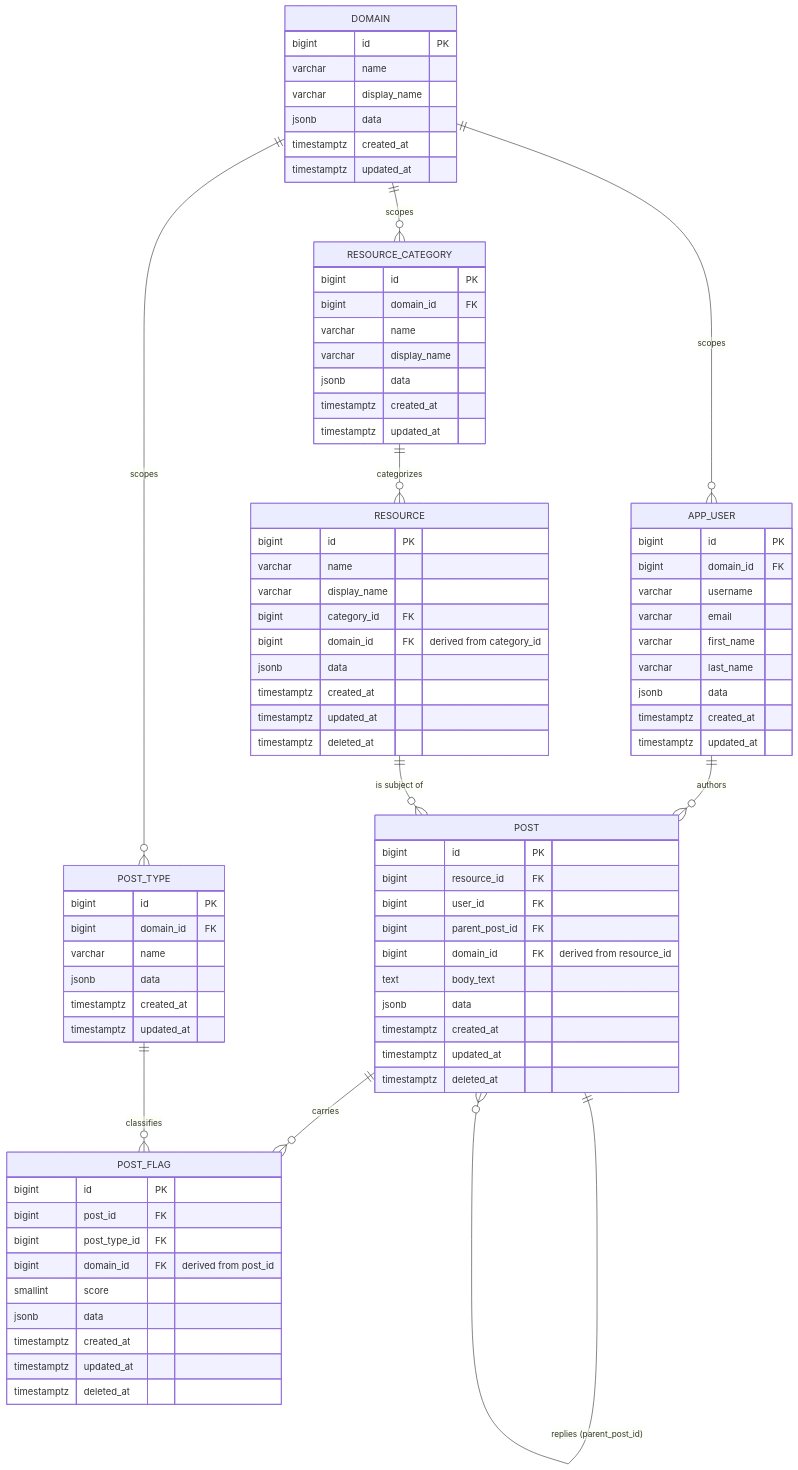
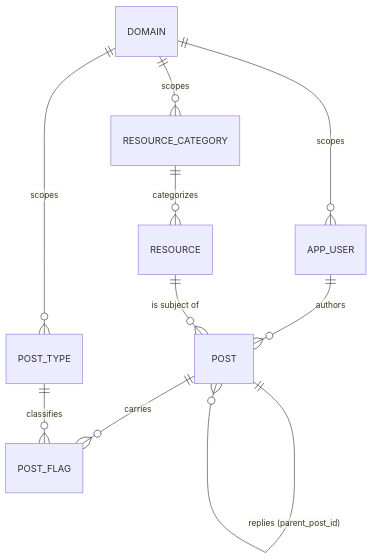
One commit to jmejorada1/my-fun-projects changed the diagram in backend/posts/docs/db-design-spec.md. Above: the diagram before and after it, drawn with Mermaid. The commit also changed other lines of this file and 8 other files, not shown here.

First line of the commit message:
docs: condense architecture, spec, security and monitoring docs

````diff
--- a/backend/posts/docs/db-design-spec.md
+++ b/backend/posts/docs/db-design-spec.md
@@ -33,81 +32,4 @@
     DOMAIN ||--o{ RESOURCE_CATEGORY : scopes
     DOMAIN ||--o{ POST_TYPE : scopes
     DOMAIN ||--o{ APP_USER : scopes
-
-    DOMAIN {
-        bigint id PK
-        varchar name
-        varchar display_name
-        jsonb data
-        timestamptz created_at
-        timestamptz updated_at
-    }
-
-    APP_USER {
-        bigint id PK
-        bigint domain_id FK
-        varchar username
-        varchar email
-        varchar first_name
-        varchar last_name
-        jsonb data
-        timestamptz created_at
-        timestamptz updated_at
-    }
-
-    RESOURCE_CATEGORY {
-        bigint id PK
-        bigint domain_id FK
-        varchar name
-        varchar display_name
-        jsonb data
-        timestamptz created_at
-        timestamptz updated_at
-    }
-
-    RESOURCE {
-        bigint id PK
-        varchar name
-        varchar display_name
-        bigint category_id FK
-        bigint domain_id FK "derived from category_id"
-        jsonb data
-        timestamptz created_at
-        timestamptz updated_at
-        timestamptz deleted_at
-    }
-
-    POST_TYPE {
-        bigint id PK
-        bigint domain_id FK
-        varchar name
-        jsonb data
-        timestamptz created_at
-        timestamptz updated_at
-    }
-
-    POST {
-        bigint id PK
-        bigint resource_id FK
-        bigint user_id FK
-        bigint parent_post_id FK
-        bigint domain_id FK "derived from resource_id"
-        text body_text
-        jsonb data
-        timestamptz created_at
-        timestamptz updated_at
-        timestamptz deleted_at
-    }
-
-    POST_FLAG {
-        bigint id PK
-        bigint post_id FK
-        bigint post_type_id FK
-        bigint domain_id FK "derived from post_id"
-        smallint score
-        jsonb data
-        timestamptz created_at
-        timestamptz updated_at
-        timestamptz deleted_at
-    }
 ```
````
